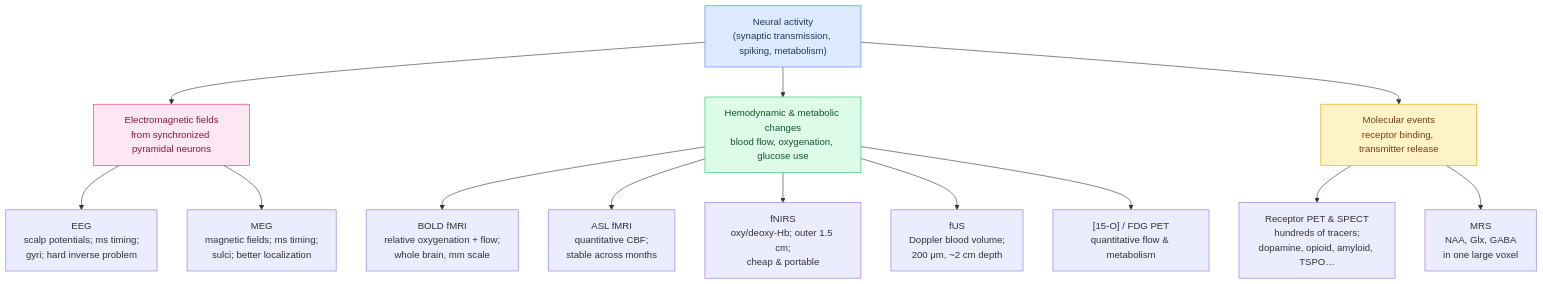
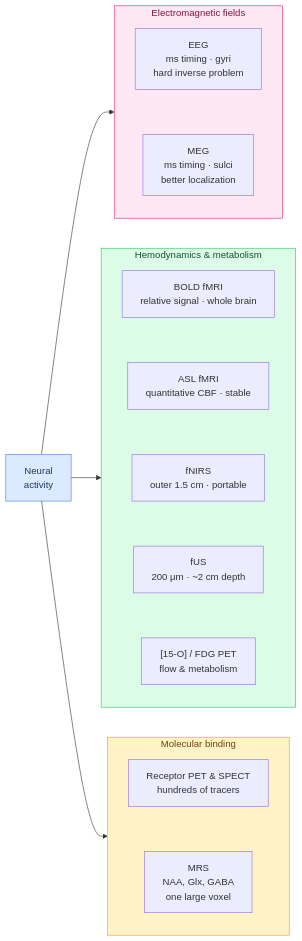
Before and after one commit to torwager/elements-of-fmri-tutorials: the first of 2 diagrams in part1/ch04-types-of-neuroimaging.md, drawn with Mermaid. The commit also changed other lines of this file and 64 other files, not shown here.

First line of the commit message:
Polish batch A (ch 1-21): equation where-lines + hover tooltips, verbose comments, example outputs, resource links, figure rights + fixes, mermaid cleanup

````diff
--- a/part1/ch04-types-of-neuroimaging.md
+++ b/part1/ch04-types-of-neuroimaging.md
@@ -100,20 +101,35 @@
 ```{mermaid}
-flowchart TD
-    N["Neural activity<br/>(synaptic transmission, spiking, metabolism)"]
-    N --> E["Electromagnetic fields<br/>from synchronized pyramidal neurons"]
-    N --> H["Hemodynamic & metabolic changes<br/>blood flow, oxygenation, glucose use"]
-    N --> M["Molecular events<br/>receptor binding, transmitter release"]
-    E --> EEG["EEG<br/>scalp potentials; ms timing;<br/>gyri; hard inverse problem"]
-    E --> MEG["MEG<br/>magnetic fields; ms timing;<br/>sulci; better localization"]
-    H --> BOLD["BOLD fMRI<br/>relative oxygenation + flow;<br/>whole brain, mm scale"]
-    H --> ASL["ASL fMRI<br/>quantitative CBF;<br/>stable across months"]
-    H --> NIRS["fNIRS<br/>oxy/deoxy-Hb; outer 1.5 cm;<br/>cheap & portable"]
-    H --> FUS["fUS<br/>Doppler blood volume;<br/>200 μm, ~2 cm depth"]
-    H --> PETf["[15-O] / FDG PET<br/>quantitative flow & metabolism"]
-    M --> PETm["Receptor PET & SPECT<br/>hundreds of tracers;<br/>dopamine, opioid, amyloid, TSPO…"]
-    M --> MRS["MRS<br/>NAA, Glx, GABA<br/>in one large voxel"]
+flowchart LR
+    N["Neural<br/>activity"]
+    subgraph E["Electromagnetic fields"]
+        direction TB
+        EEG["EEG<br/>ms timing · gyri<br/>hard inverse problem"]
+        MEG["MEG<br/>ms timing · sulci<br/>better localization"]
+        EEG ~~~ MEG
+    end
+    subgraph H["Hemodynamics & metabolism"]
+        direction TB
+        BOLD["BOLD fMRI<br/>relative signal · whole brain"]
+        ASL["ASL fMRI<br/>quantitative CBF · stable"]
+        NIRS["fNIRS<br/>outer 1.5 cm · portable"]
+        FUS["fUS<br/>200 μm · ~2 cm depth"]
+        PETf["[15-O] / FDG PET<br/>flow & metabolism"]
+        BOLD ~~~ ASL
+        ASL ~~~ NIRS
+        NIRS ~~~ FUS
+        FUS ~~~ PETf
+    end
+    subgraph M["Molecular binding"]
+        direction TB
+        PETm["Receptor PET & SPECT<br/>hundreds of tracers"]
+        MRS["MRS<br/>NAA, Glx, GABA<br/>one large voxel"]
+        PETm ~~~ MRS
+    end
+    N --> E
+    N --> H
+    N --> M
     style N fill:#dbeafe,stroke:#3b82f6,color:#1e3a5f
     style E fill:#fce7f3,stroke:#db2777,color:#831843
     style H fill:#dcfce7,stroke:#22c55e,color:#14532d
     style M fill:#fef3c7,stroke:#f59e0b,color:#713f12
 ```
````
